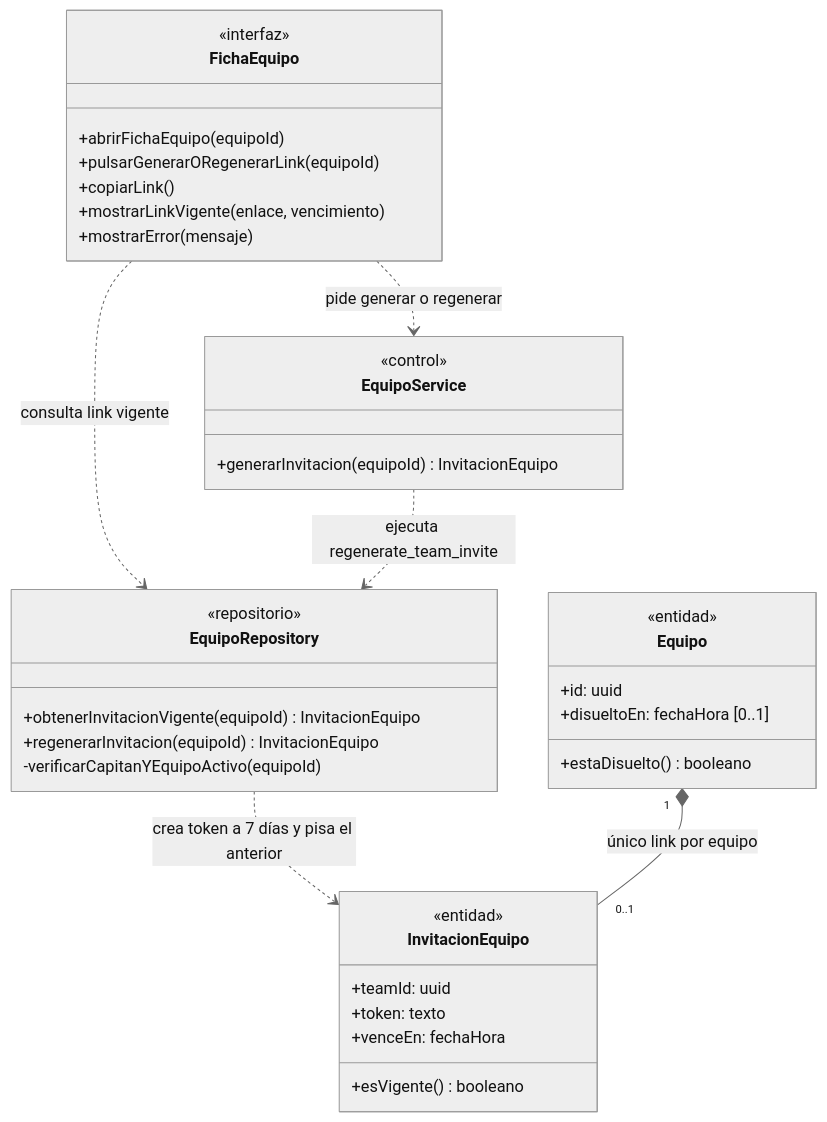
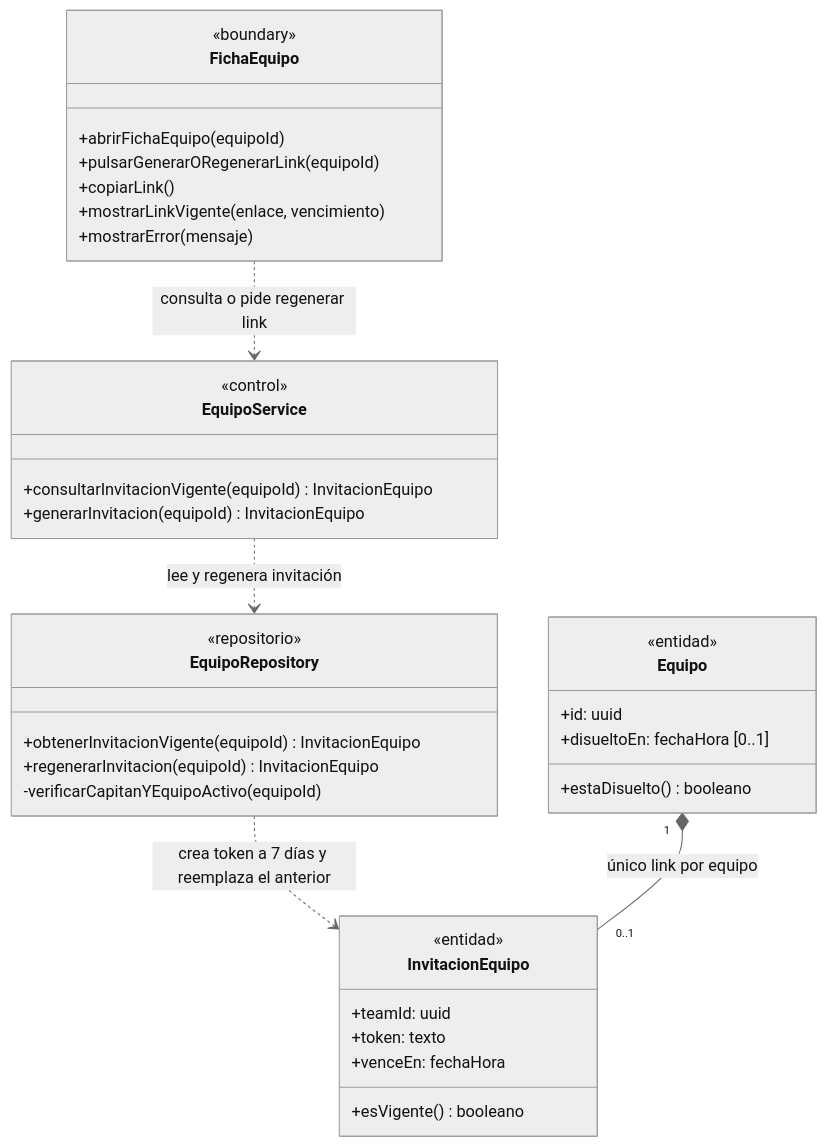
Before and after one commit to nicqletal/torneos-scraper: the third of 11 diagrams in docs/diagramas-de-clase/equipos.md, drawn with Mermaid (neutral theme). The commit also changed other lines of this file and 12 other files, not shown here.

Commit message:
Correcion Diagramas de Clase

````diff
--- a/docs/diagramas-de-clase/equipos.md
+++ b/docs/diagramas-de-clase/equipos.md
@@ -261,40 +219,40 @@
 ```mermaid
 classDiagram
 direction TB
 class FichaEquipo {
-  <<interfaz>>
+  <<boundary>>
   +abrirFichaEquipo(equipoId)
   +pulsarGenerarORegenerarLink(equipoId)
   +copiarLink()
   +mostrarLinkVigente(enlace, vencimiento)
   +mostrarError(mensaje)
 }
 class EquipoService {
   <<control>>
+  +consultarInvitacionVigente(equipoId) InvitacionEquipo
   +generarInvitacion(equipoId) InvitacionEquipo
 }
 class EquipoRepository {
   <<repositorio>>
   +obtenerInvitacionVigente(equipoId) InvitacionEquipo
   +regenerarInvitacion(equipoId) InvitacionEquipo
   -verificarCapitanYEquipoActivo(equipoId)
 }
 class InvitacionEquipo {
   <<entidad>>
   +teamId: uuid
   +token: texto
   +venceEn: fechaHora
   +esVigente() booleano
 }
 class Equipo {
   <<entidad>>
   +id: uuid
   +disueltoEn: fechaHora [0..1]
   +estaDisuelto() booleano
 }
-FichaEquipo ..> EquipoRepository : consulta link vigente
-FichaEquipo ..> EquipoService : pide generar o regenerar
-EquipoService ..> EquipoRepository : ejecuta regenerate_team_invite
-EquipoRepository ..> InvitacionEquipo : crea token a 7 días y pisa el anterior
+FichaEquipo ..> EquipoService : consulta o pide regenerar link
+EquipoService ..> EquipoRepository : lee y regenera invitación
+EquipoRepository ..> InvitacionEquipo : crea token a 7 días y reemplaza el anterior
 Equipo "1" *-- "0..1" InvitacionEquipo : único link por equipo
 ```
````
